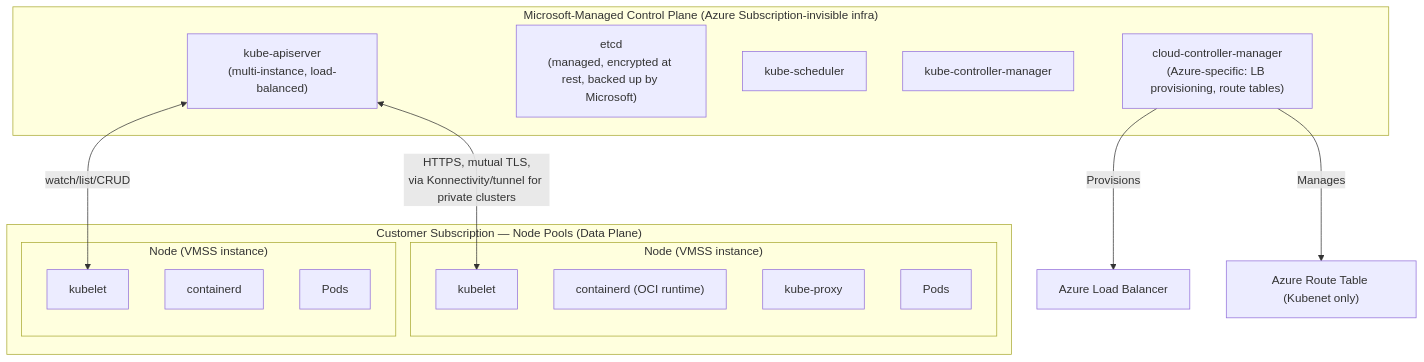
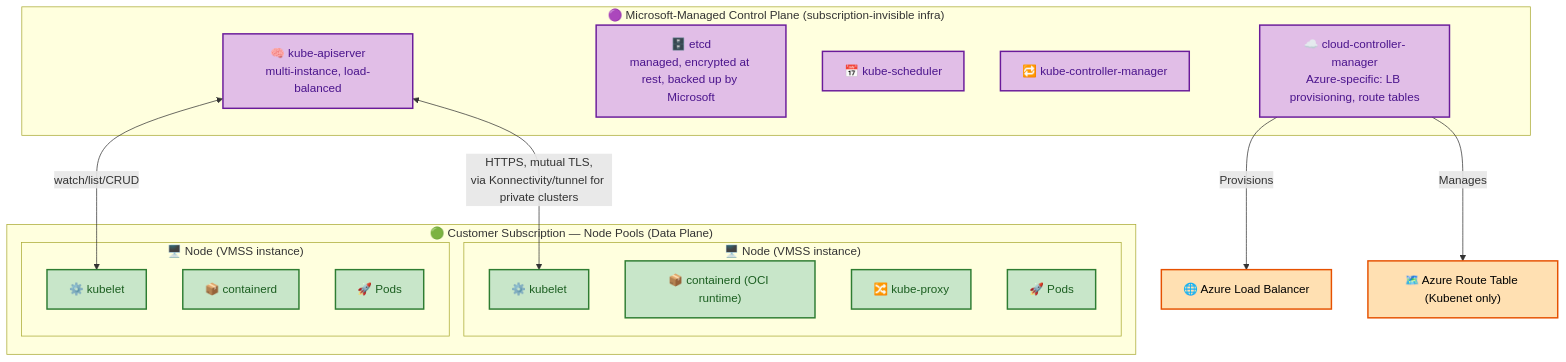
Before and after one commit to rakesh-budde/devops-guide: the fourth of 7 diagrams in azure/06-AKS-DEEP-DIVE.md, drawn with Mermaid. The commit also changed other lines of this file and 73 other files, not shown here.

````diff
--- a/azure/06-AKS-DEEP-DIVE.md
+++ b/azure/06-AKS-DEEP-DIVE.md
@@ -13,27 +123,34 @@
 ```mermaid
 graph TB
-    subgraph MicrosoftManaged["Microsoft-Managed Control Plane (Azure Subscription-invisible infra)"]
-        API["kube-apiserver<br/>(multi-instance, load-balanced)"]
-        ETCD["etcd<br/>(managed, encrypted at rest, backed up by Microsoft)"]
-        Scheduler["kube-scheduler"]
-        CM["kube-controller-manager"]
-        CCM["cloud-controller-manager<br/>(Azure-specific: LB provisioning, route tables)"]
+    subgraph MicrosoftManaged["🟣 Microsoft-Managed Control Plane (subscription-invisible infra)"]
+        API["🧠 kube-apiserver<br/>multi-instance, load-balanced"]
+        ETCD["🗄️ etcd<br/>managed, encrypted at rest, backed up by Microsoft"]
+        Scheduler["📅 kube-scheduler"]
+        CM["🔁 kube-controller-manager"]
+        CCM["☁️ cloud-controller-manager<br/>Azure-specific: LB provisioning, route tables"]
     end
-    subgraph CustomerNodePool["Customer Subscription — Node Pools (Data Plane)"]
-        subgraph Node1["Node (VMSS instance)"]
-            Kubelet1["kubelet"]
-            Containerd1["containerd (OCI runtime)"]
-            KubeProxy1["kube-proxy"]
-            Pods1["Pods"]
+    subgraph CustomerNodePool["🟢 Customer Subscription — Node Pools (Data Plane)"]
+        subgraph Node1["🖥️ Node (VMSS instance)"]
+            Kubelet1["⚙️ kubelet"]
+            Containerd1["📦 containerd (OCI runtime)"]
+            KubeProxy1["🔀 kube-proxy"]
+            Pods1["🚀 Pods"]
         end
-        subgraph Node2["Node (VMSS instance)"]
-            Kubelet2["kubelet"]
-            Containerd2["containerd"]
-            Pods2["Pods"]
+        subgraph Node2["🖥️ Node (VMSS instance)"]
+            Kubelet2["⚙️ kubelet"]
+            Containerd2["📦 containerd"]
+            Pods2["🚀 Pods"]
         end
     end
     API <-->|"HTTPS, mutual TLS,<br/>via Konnectivity/tunnel for private clusters"| Kubelet1
-    API <-->|watch/list/CRUD| Kubelet2
-    CCM -->|Provisions| AzureLB["Azure Load Balancer"]
-    CCM -->|Manages| RouteTable["Azure Route Table (Kubenet only)"]
+    API <-->|"watch/list/CRUD"| Kubelet2
+    CCM -->|"Provisions"| AzureLB["🌐 Azure Load Balancer"]
+    CCM -->|"Manages"| RouteTable["🗺️ Azure Route Table (Kubenet only)"]
+
+    classDef ctrl fill:#e1bee7,stroke:#6a1b9a,color:#4a148c,stroke-width:2px;
+    classDef good fill:#c8e6c9,stroke:#2e7d32,color:#1b5e20,stroke-width:2px;
+    classDef store fill:#ffe0b2,stroke:#e65100,color:#000,stroke-width:2px;
+    class API,ETCD,Scheduler,CM,CCM ctrl;
+    class Kubelet1,Containerd1,KubeProxy1,Pods1,Kubelet2,Containerd2,Pods2 good;
+    class AzureLB,RouteTable store;
 ```
````
